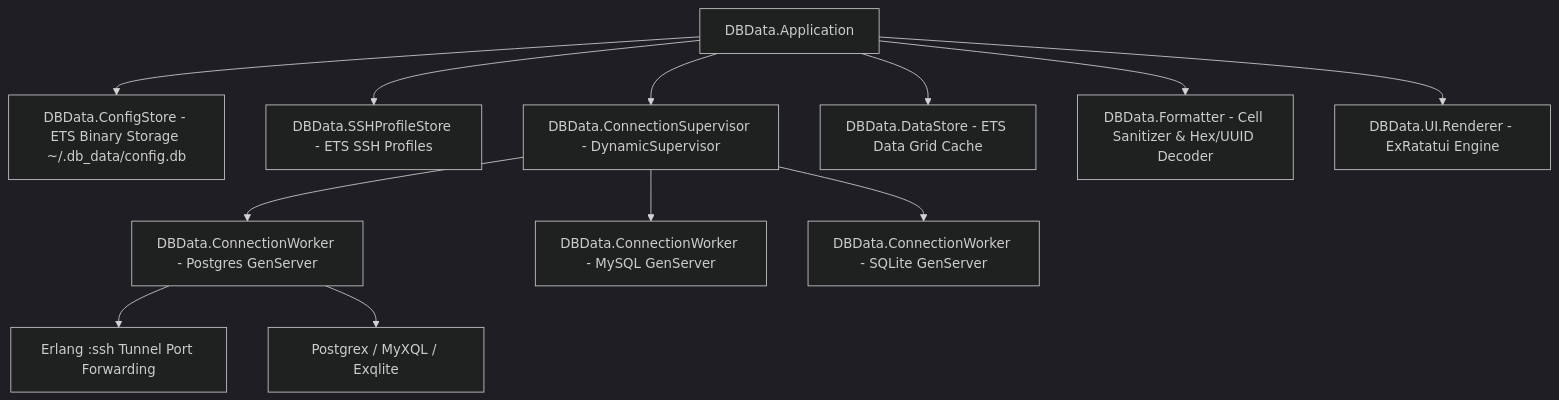
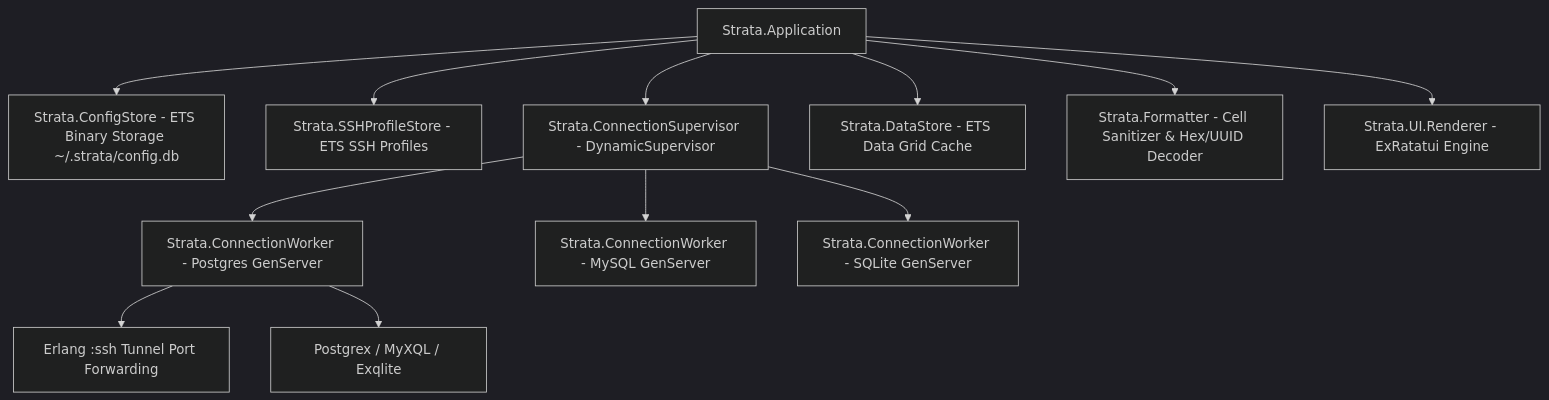
Before and after one commit to quaywin/strata: the diagram in README.md, drawn with Mermaid (dark theme). The commit also changed other lines of this file and 100 other files, not shown here.

Commit message:
refactor: rename app from DBData to Strata

````diff
--- a/README.md
+++ b/README.md
@@ -36,16 +36,16 @@
 ```mermaid
 graph TD
-    App[DBData.Application] --> ConfigStore[DBData.ConfigStore - ETS Binary Storage ~/.db_data/config.db]
-    App --> SSHProfileStore[DBData.SSHProfileStore - ETS SSH Profiles]
-    App --> ConnectionSup[DBData.ConnectionSupervisor - DynamicSupervisor]
-    App --> DataStore[DBData.DataStore - ETS Data Grid Cache]
-    App --> Formatter[DBData.Formatter - Cell Sanitizer & Hex/UUID Decoder]
-    App --> UIRenderer[DBData.UI.Renderer - ExRatatui Engine]
+    App[Strata.Application] --> ConfigStore[Strata.ConfigStore - ETS Binary Storage ~/.strata/config.db]
+    App --> SSHProfileStore[Strata.SSHProfileStore - ETS SSH Profiles]
+    App --> ConnectionSup[Strata.ConnectionSupervisor - DynamicSupervisor]
+    App --> DataStore[Strata.DataStore - ETS Data Grid Cache]
+    App --> Formatter[Strata.Formatter - Cell Sanitizer & Hex/UUID Decoder]
+    App --> UIRenderer[Strata.UI.Renderer - ExRatatui Engine]
 
-    ConnectionSup --> Worker1[DBData.ConnectionWorker - Postgres GenServer]
-    ConnectionSup --> Worker2[DBData.ConnectionWorker - MySQL GenServer]
-    ConnectionSup --> Worker3[DBData.ConnectionWorker - SQLite GenServer]
+    ConnectionSup --> Worker1[Strata.ConnectionWorker - Postgres GenServer]
+    ConnectionSup --> Worker2[Strata.ConnectionWorker - MySQL GenServer]
+    ConnectionSup --> Worker3[Strata.ConnectionWorker - SQLite GenServer]
 
     Worker1 --> SSHTunnel[Erlang :ssh Tunnel Port Forwarding]
     Worker1 --> Driver[Postgrex / MyXQL / Exqlite]
 ```
````
